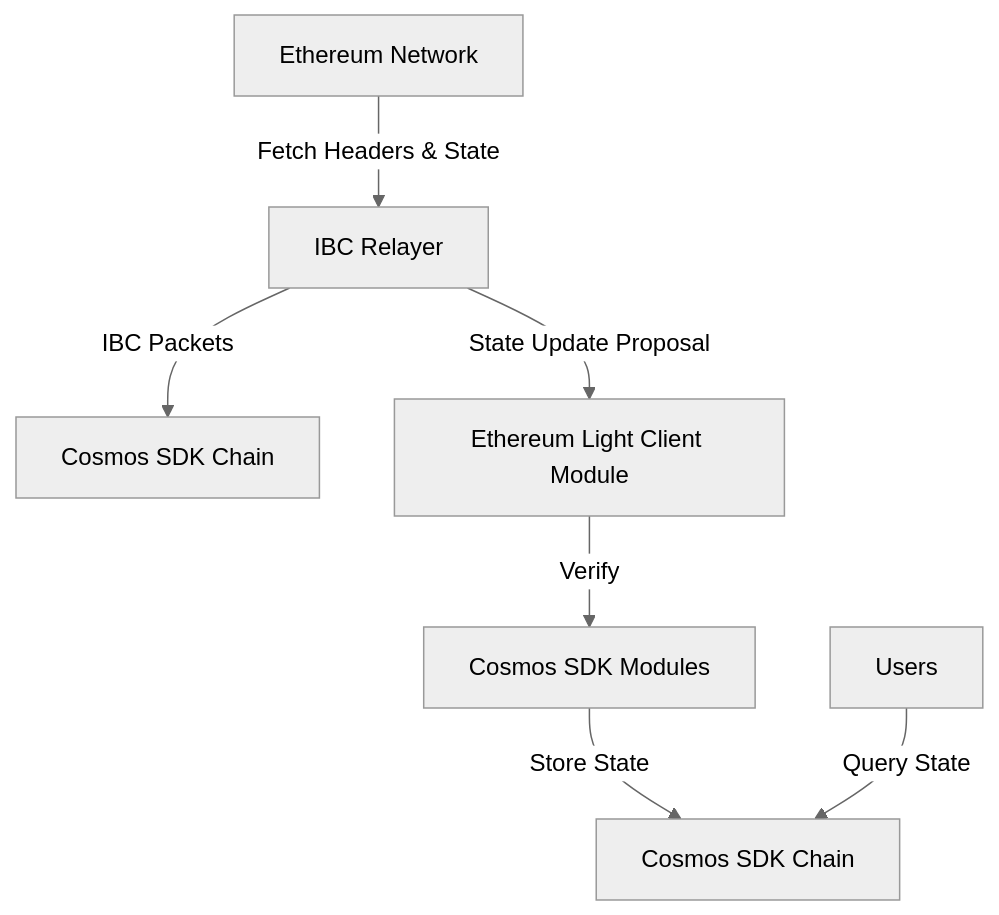
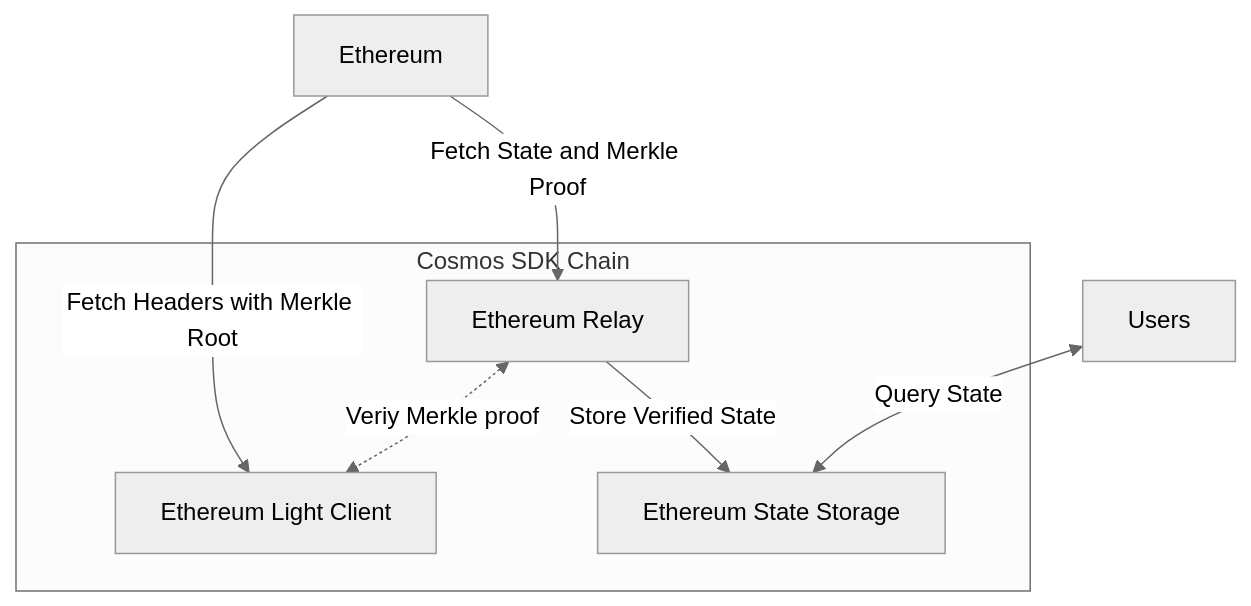
The diagram in README.md (crypt0grapher/pulsar), drawn with Mermaid (neutral theme) before and after one commit. The commit also changed other lines of this file, not shown here.

````diff
--- a/README.md
+++ b/README.md
@@ -1,10 +33,13 @@
 ```mermaid
 graph TD;
-A[Ethereum Network] -->|Fetch Headers & State| B[IBC Relayer]
-B --> |IBC Packets| C[Cosmos SDK Chain]
-B --> |State Update Proposal| D[Ethereum Light Client Module]
-D --> |Verify| E[Cosmos SDK Modules]
-E --> |Store State| F[Cosmos SDK Chain]
-G[Users] -->|Query State| F
-
+Eth[ Ethereum ] -->| Fetch State and Merkle Proof | R[ Ethereum Relay ]
+Eth -->| Fetch Headers with Merkle Root | L
+R <.->| Veriy Merkle proof | L
+R -->| Store Verified State | E[ Cosmos SDK Modules ]
+subgraph C[ Cosmos SDK Chain ]
+L[ Ethereum Light Client ]
+R[ Ethereum Relay ]
+E[ Ethereum State Storage ]
+end
+G[ Users ] <-->| Query State | E
 ```
````
